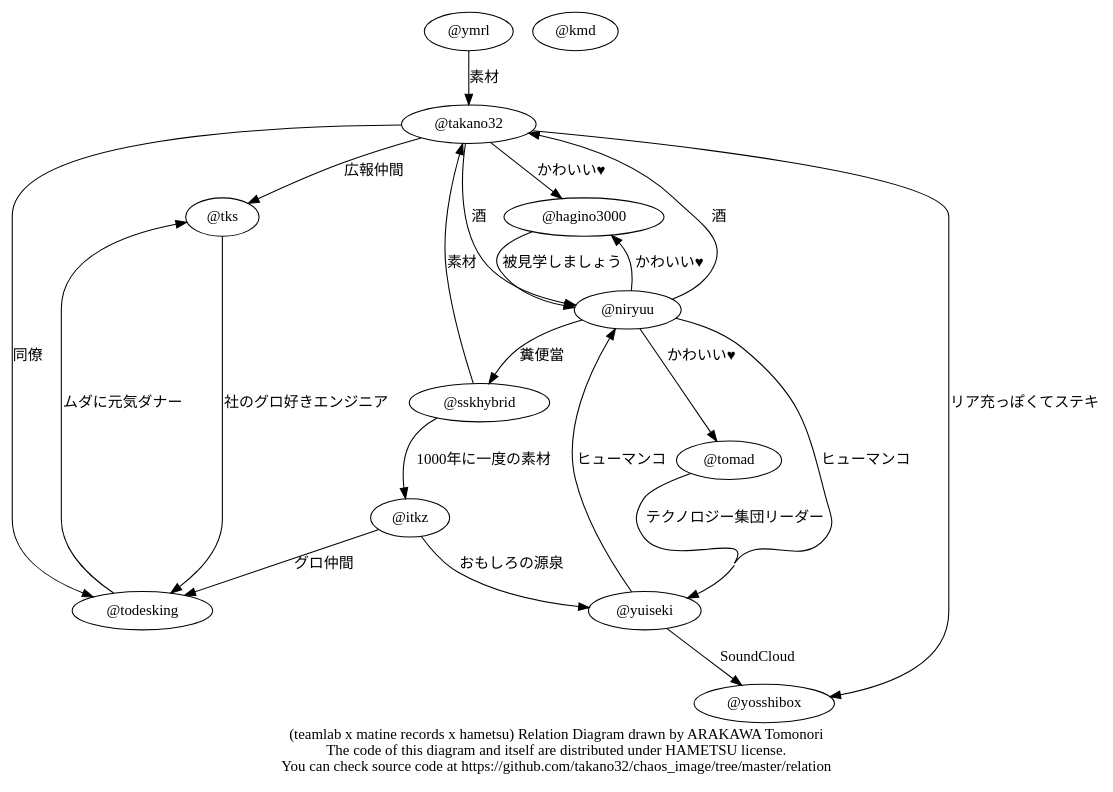
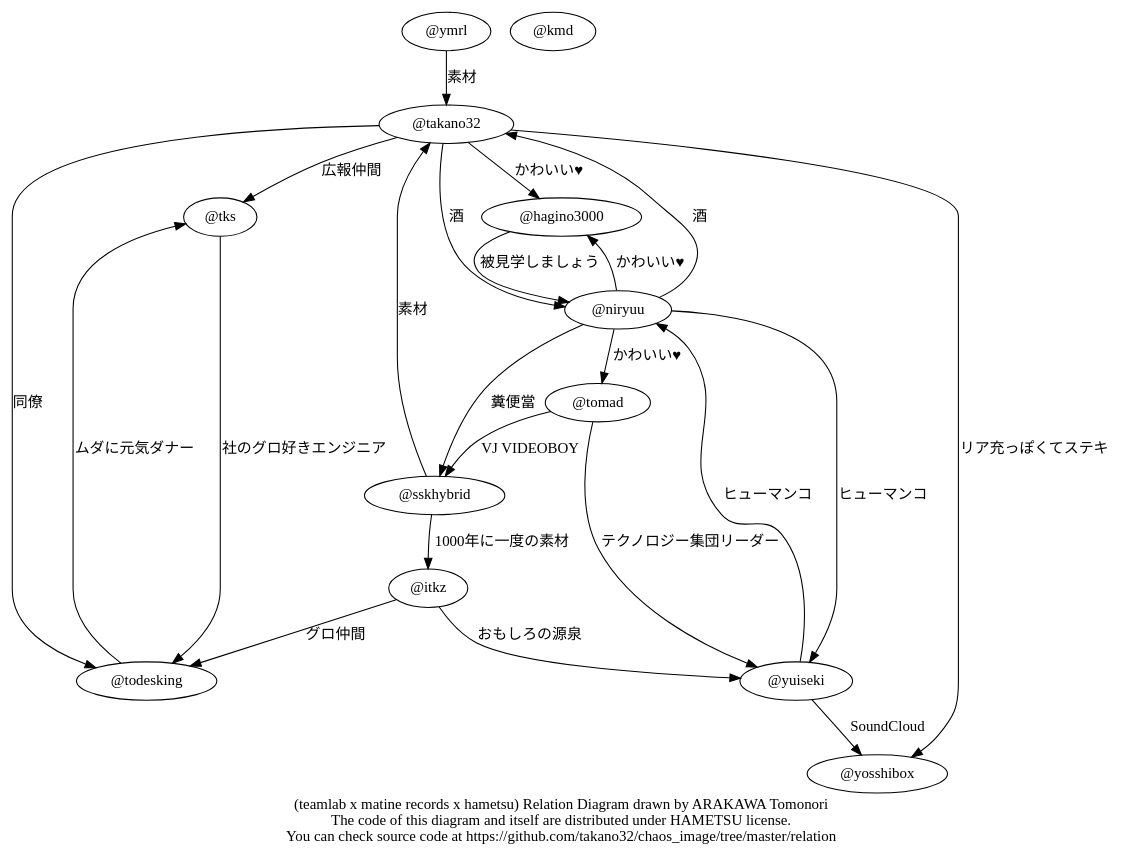
The diagram in relation/hameatsudo.dot (hametsu/chaos_image), drawn with Graphviz before and after one commit.

Commit message:
video boy

```diff
--- a/relation/hameatsudo.dot
+++ b/relation/hameatsudo.dot
@@ -1,28 +1,29 @@
 digraph Hameatsudo {
   graph [concentrate = true];
   overlap=orthoxy;
   "@tks" -> "@todesking" [label = "社のグロ好きエンジニア"];
   "@takano32" -> "@tks" [label = "広報仲間"];
   "@takano32" -> "@todesking" [label = "同僚"];
   "@takano32" -> "@hagino3000" [label = "かわいい♥"];
   "@takano32" -> "@niryuu" [label = "酒"];
   "@takano32" -> "@yosshibox" [label = "リア充っぽくてステキ"];
   "@todesking" -> "@tks" [label = "ムダに元気ダナー"];
   "@tomad" -> "@yuiseki" [label = "テクノロジー集団リーダー"];
+  "@tomad" -> "@sskhybrid" [label = "VJ VIDEOBOY"];
   "@yosshibox"
   "@sskhybrid" -> "@itkz" [label = "1000年に一度の素材"];
   "@sskhybrid" -> "@takano32" [label = "素材"];
   "@ymrl" -> "@takano32" [label = "素材"];
   "@niryuu" -> "@hagino3000" [label = "かわいい♥"];
   "@niryuu" -> "@tomad" [label = "かわいい♥"];
   "@niryuu" -> "@takano32" [label = "酒"];
   "@niryuu" -> "@sskhybrid" [label = "糞便當"];
   "@niryuu" -> "@yuiseki" [label = "ヒューマンコ"];
   "@itkz" -> "@todesking" [label = "グロ仲間"];
   "@itkz" -> "@yuiseki" [label = "おもしろの源泉"];
   "@yuiseki" -> "@niryuu" [label = "ヒューマンコ"];
   "@yuiseki" -> "@yosshibox" [label = "SoundCloud"];
   "@hagino3000" -> "@niryuu" [label = "被見学しましょう"];
   "@kmd"
   label = "(teamlab x matine records x hametsu) Relation Diagram drawn by ARAKAWA Tomonori\nThe code of this diagram and itself are distributed under HAMETSU license.\nYou can check source code at https://github.com/takano32/chaos_image/tree/master/relation";
 }
```
